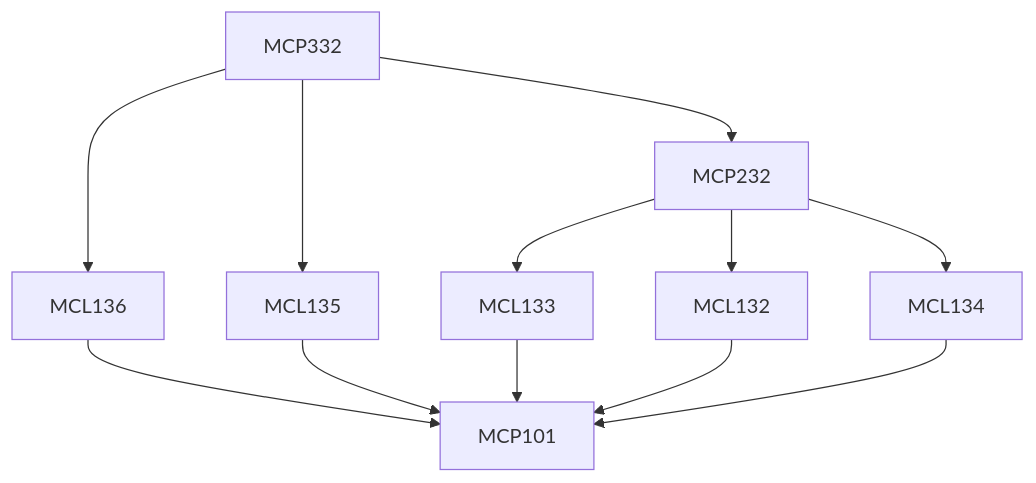
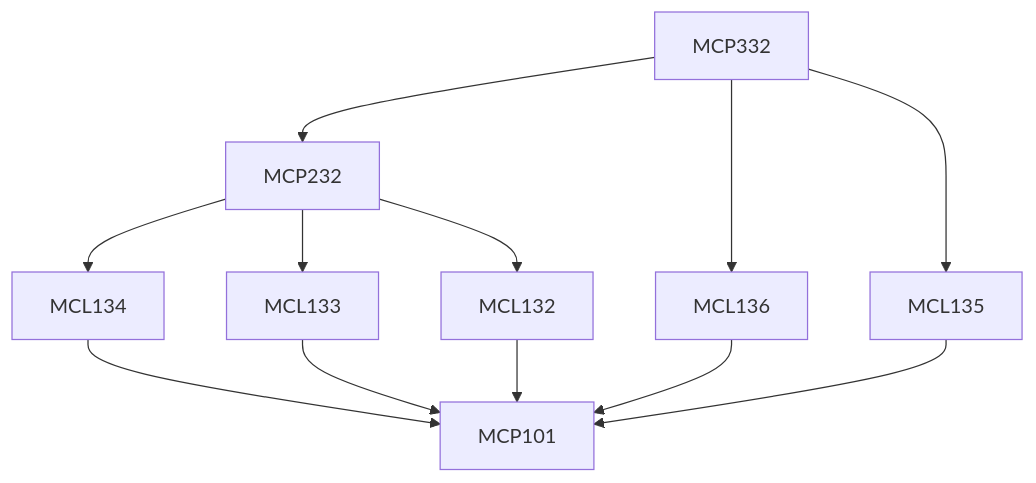
One commit to KeshavBansal0122/CoS_Website changed the diagram in content/Mechanical Engineering/MCP332.md. Above: the diagram before and after it, drawn with Mermaid. The commit also changed other lines of this file and 392 other files, not shown here.

````diff
--- a/content/Mechanical Engineering/MCP332.md
+++ b/content/Mechanical Engineering/MCP332.md
@@ -13,18 +13,18 @@
 ```mermaid
 flowchart TD
 MCP332-473[MCP332]
+MCL134-473 --> MCP101-473[MCP101]
+MCL135-473 --> MCP101-473[MCP101]
+MCP232-473 --> MCL134-473[MCL134]
+MCP332-473 --> MCP232-473[MCP232]
+MCL136-473 --> MCP101-473[MCP101]
 MCP332-473 --> MCL136-473[MCL136]
+MCL132-473 --> MCP101-473[MCP101]
+MCL133-473 --> MCP101-473[MCP101]
+MCP232-473 --> MCL133-473[MCL133]
+MCP232-473 --> MCL132-473[MCL132]
 MCP332-473 --> MCL135-473[MCL135]
-MCP332-473 --> MCP232-473[MCP232]
-MCL132-473 --> MCP101-473[MCP101]
-MCL136-473 --> MCP101-473[MCP101]
-MCP232-473 --> MCL133-473[MCL133]
-MCL135-473 --> MCP101-473[MCP101]
-MCP232-473 --> MCL132-473[MCL132]
-MCL133-473 --> MCP101-473[MCP101]
-MCP232-473 --> MCL134-473[MCL134]
-MCL134-473 --> MCP101-473[MCP101]
 
 classDef empty height:17px, fill:transparent, stroke:transparent;
 classDef trueEmpty height:0px, width:0px;
 ```
````
